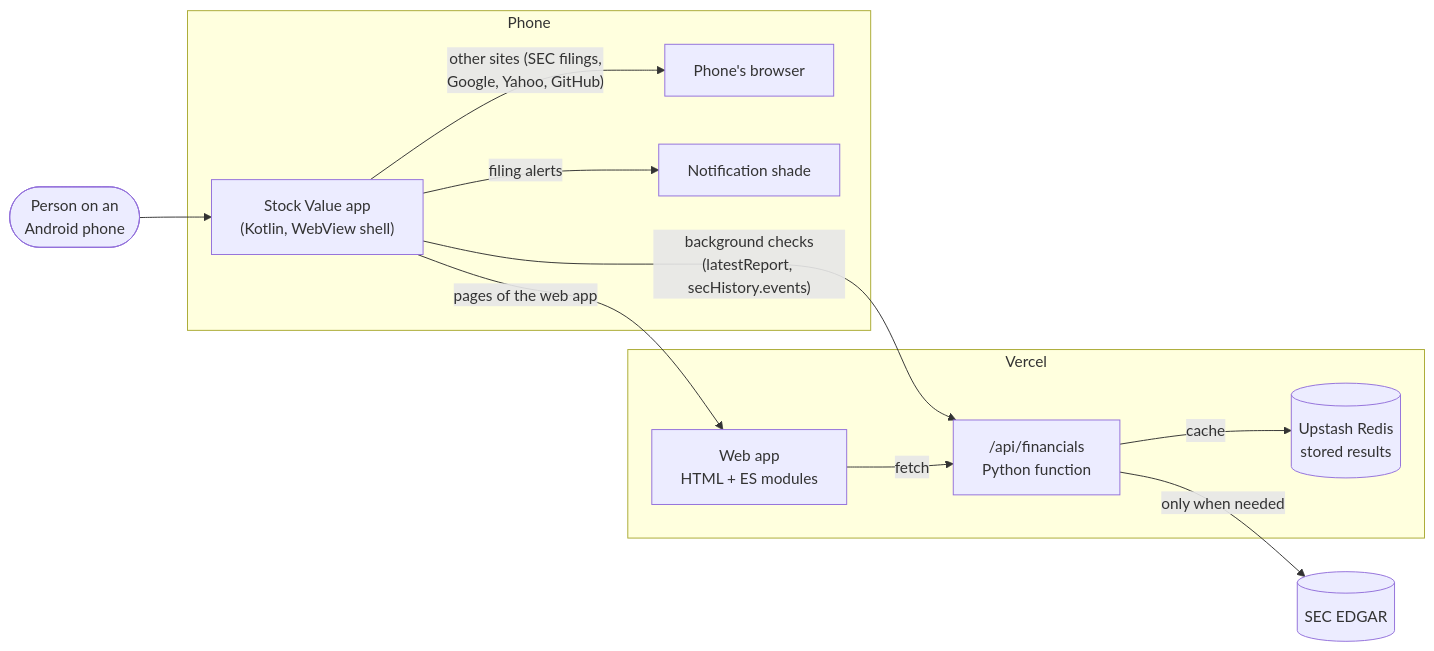
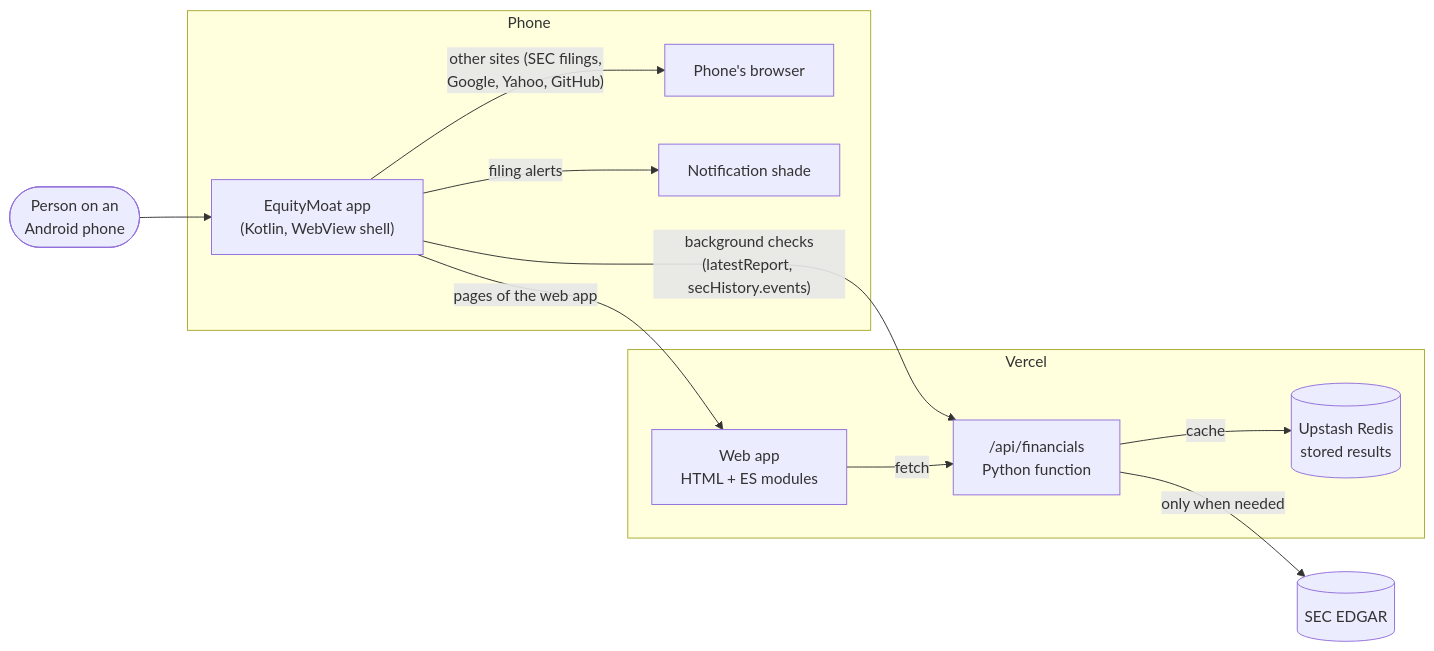
The first of 7 diagrams in android/docs/architecture.md (dipak-nehe/stock-value-mobile), drawn with Mermaid before and after one commit. The commit also changed other lines of this file and 7 other files, not shown here.

First line of the commit message:
Name the apps EquityMoat

````diff
--- a/android/docs/architecture.md
+++ b/android/docs/architecture.md
@@ -11,24 +11,24 @@
 ```mermaid
 flowchart LR
     user(["Person on an<br/>Android phone"])
     subgraph phone["Phone"]
-        app["Stock Value app<br/>(Kotlin, WebView shell)"]
+        app["EquityMoat app<br/>(Kotlin, WebView shell)"]
         browser["Phone's browser"]
         notif["Notification shade"]
     end
     subgraph vercel["Vercel"]
         site["Web app<br/>HTML + ES modules"]
         api["/api/financials<br/>Python function"]
         redis[("Upstash Redis<br/>stored results")]
     end
     sec[("SEC EDGAR")]
 
     user --> app
     app -- "pages of the web app" --> site
     app -- "background checks<br/>(latestReport, secHistory.events)" --> api
     site -- "fetch" --> api
     api -- "cache" --> redis
     api -- "only when needed" --> sec
     app -- "other sites (SEC filings,<br/>Google, Yahoo, GitHub)" --> browser
     app -- "filing alerts" --> notif
 ```
````
